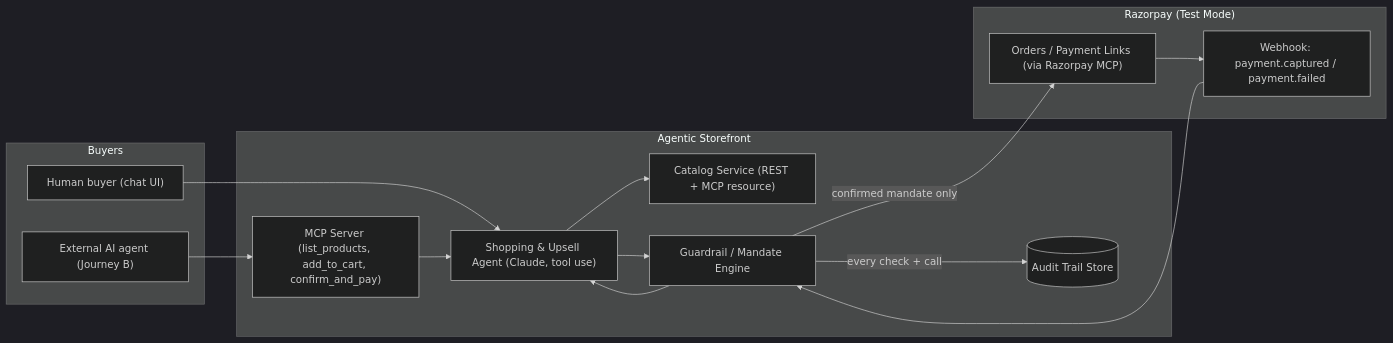
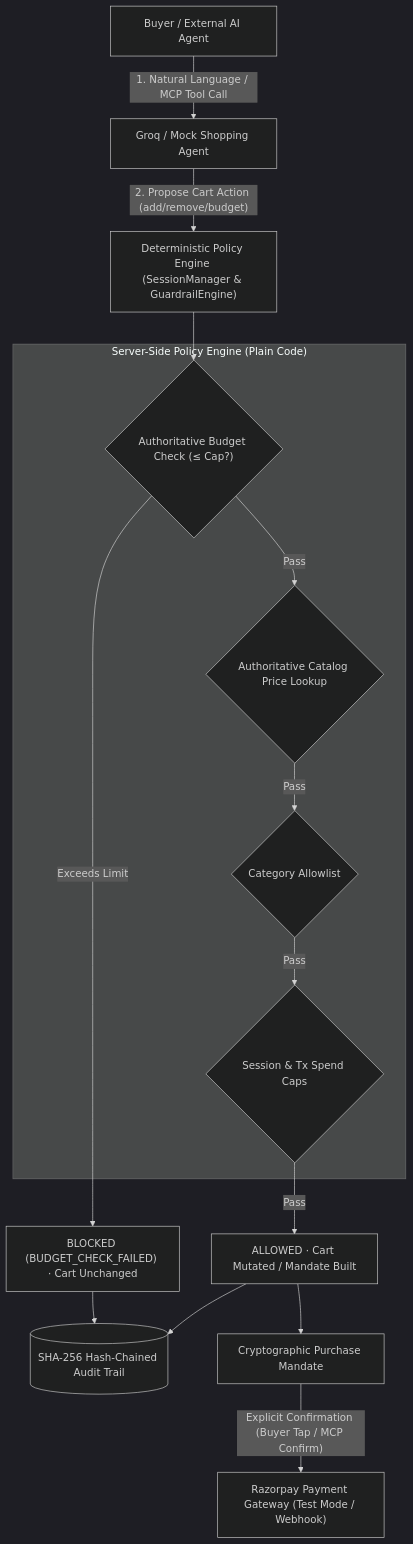
One commit to SinghhSarvesh/kaapi-copilot changed the diagram in docs/conversation_kaapi_copilot_ai_commerce_platform-2026_08_26-03_33_18.md. Above: the diagram before and after it, drawn with Mermaid (dark theme). The commit also changed other lines of this file, not shown here.

````diff
--- a/docs/conversation_kaapi_copilot_ai_commerce_platform-2026_08_26-03_33_18.md
+++ b/docs/conversation_kaapi_copilot_ai_commerce_platform-2026_08_26-03_33_18.md
@@ -49,29 +36,26 @@
 ```mermaid
-flowchart LR
-    subgraph Buyers
-        H["Human buyer (chat UI)"]
-        X["External AI agent (Journey B)"]
+flowchart TD
+    User["Buyer / External AI Agent"] -->|"1. Natural Language / MCP Tool Call"| Agent["Groq / Mock Shopping Agent"]
+    Agent -->|"2. Propose Cart Action (add/remove/budget)"| Engine["Deterministic Policy Engine (SessionManager & GuardrailEngine)"]
+
+    subgraph PolicyEngine["Server-Side Policy Engine (Plain Code)"]
+        BudgetCheck{"Authoritative Budget Check (≤ Cap?)"}
+        CatalogCheck{"Authoritative Catalog Price Lookup"}
+        CategoryCheck{"Category Allowlist"}
+        GlobalCapCheck{"Session & Tx Spend Caps"}
     end
 
-    subgraph Storefront["Agentic Storefront"]
-        AGENT["Shopping & Upsell Agent (Claude, tool use)"]
-        CAT["Catalog Service (REST + MCP resource)"]
-        GUARD["Guardrail / Mandate Engine"]
-        AUDIT[("Audit Trail Store")]
-        MCPS["MCP Server (list_products, add_to_cart, confirm_and_pay)"]
-    end
+    Engine --> BudgetCheck
+    BudgetCheck -- Pass --> CatalogCheck
+    CatalogCheck -- Pass --> CategoryCheck
+    CategoryCheck -- Pass --> GlobalCapCheck
 
-    subgraph RZP["Razorpay (Test Mode)"]
-        API["Orders / Payment Links (via Razorpay MCP)"]
-        WEBHOOK["Webhook: payment.captured / payment.failed"]
-    end
+    BudgetCheck -- "Exceeds Limit" --> BlockAction["BLOCKED (BUDGET_CHECK_FAILED) · Cart Unchanged"]
+    GlobalCapCheck -- Pass --> AllowAction["ALLOWED · Cart Mutated / Mandate Built"]
 
-    H --> AGENT
-    X --> MCPS --> AGENT
-    AGENT --> CAT
-    AGENT --> GUARD
-    GUARD -- "confirmed mandate only" --> API
-    GUARD -- "every check + call" --> AUDIT
-    API --> WEBHOOK --> GUARD
-    GUARD --> AGENT
+    AllowAction --> Audit[("SHA-256 Hash-Chained Audit Trail")]
+    BlockAction --> Audit
+
+    AllowAction --> Mandate["Cryptographic Purchase Mandate"]
+    Mandate -->|"Explicit Confirmation (Buyer Tap / MCP Confirm)"| Razorpay["Razorpay Payment Gateway (Test Mode / Webhook)"]
 ```
````
